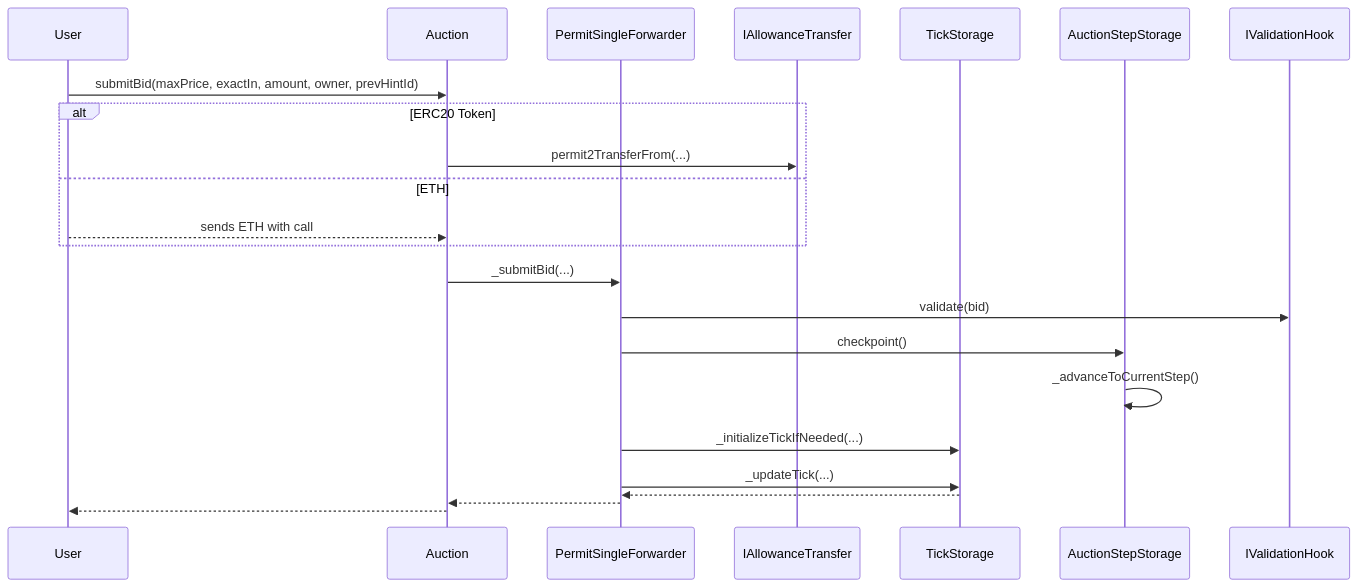
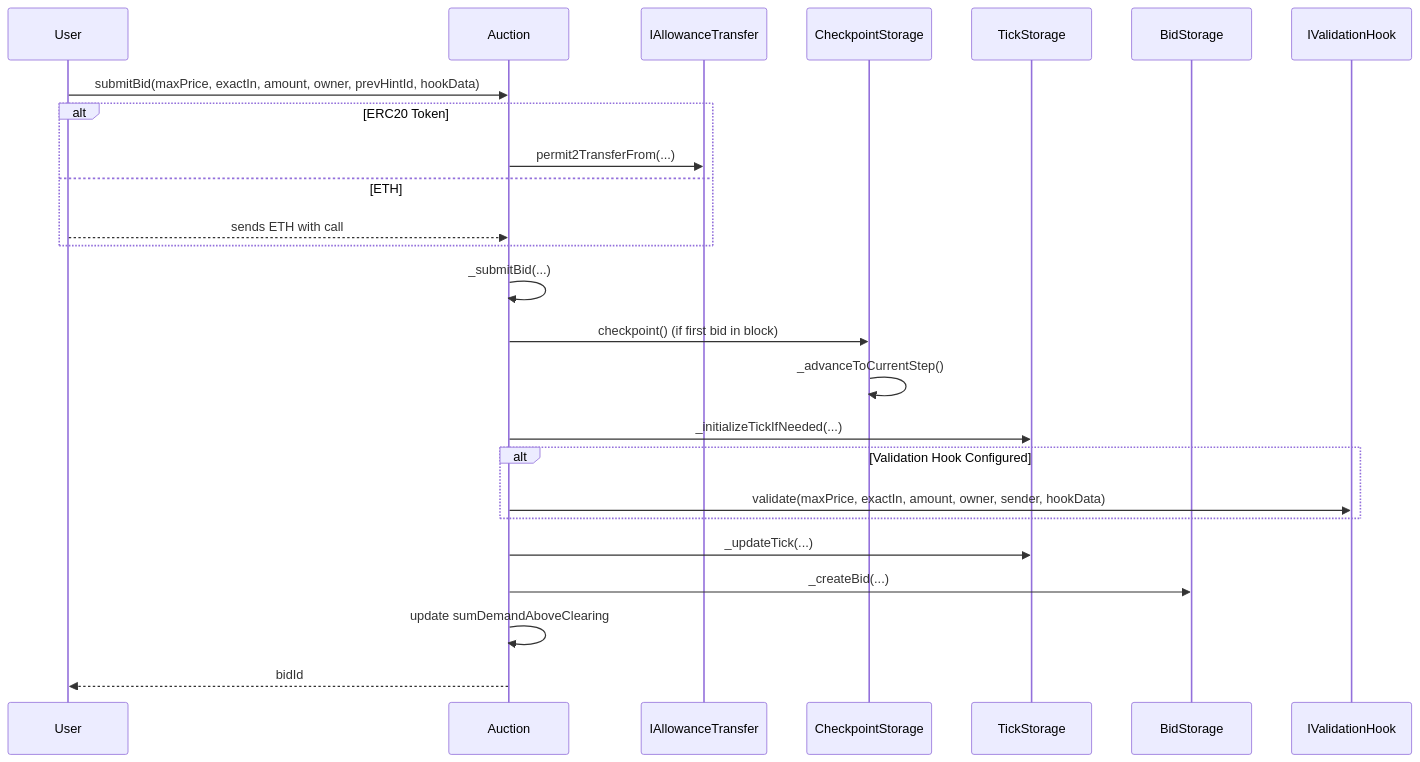
Before and after one commit to Uniswap/continuous-clearing-auction: the fourth of 5 diagrams in README.md, drawn with Mermaid. The commit also changed other lines of this file, not shown here.

````diff
--- a/README.md
+++ b/README.md
@@ -290,26 +323,28 @@
 ```mermaid
 sequenceDiagram
     participant User
     participant Auction
-    participant PermitSingleForwarder
     participant IAllowanceTransfer
+    participant CheckpointStorage
     participant TickStorage
-    participant AuctionStepStorage
+    participant BidStorage
     participant IValidationHook
 
-    User->>Auction: submitBid(maxPrice, exactIn, amount, owner, prevHintId)
+    User->>Auction: submitBid(maxPrice, exactIn, amount, owner, prevHintId, hookData)
     alt ERC20 Token
         Auction->>IAllowanceTransfer: permit2TransferFrom(...)
     else ETH
         User-->>Auction: sends ETH with call
     end
-    Auction->>PermitSingleForwarder: _submitBid(...)
-    PermitSingleForwarder->>IValidationHook: validate(bid)
-    PermitSingleForwarder->>AuctionStepStorage: checkpoint()
-    AuctionStepStorage->>AuctionStepStorage: _advanceToCurrentStep()
-    PermitSingleForwarder->>TickStorage: _initializeTickIfNeeded(...)
-    PermitSingleForwarder->>TickStorage: _updateTick(...)
-    TickStorage-->>PermitSingleForwarder: 
-    PermitSingleForwarder-->>Auction: 
-    Auction-->>User: 
+    Auction->>Auction: _submitBid(...)
+    Auction->>CheckpointStorage: checkpoint() (if first bid in block)
+    CheckpointStorage->>CheckpointStorage: _advanceToCurrentStep()
+    Auction->>TickStorage: _initializeTickIfNeeded(...)
+    alt Validation Hook Configured
+        Auction->>IValidationHook: validate(maxPrice, exactIn, amount, owner, sender, hookData)
+    end
+    Auction->>TickStorage: _updateTick(...)
+    Auction->>BidStorage: _createBid(...)
+    Auction->>Auction: update sumDemandAboveClearing
+    Auction-->>User: bidId
 ```
````
